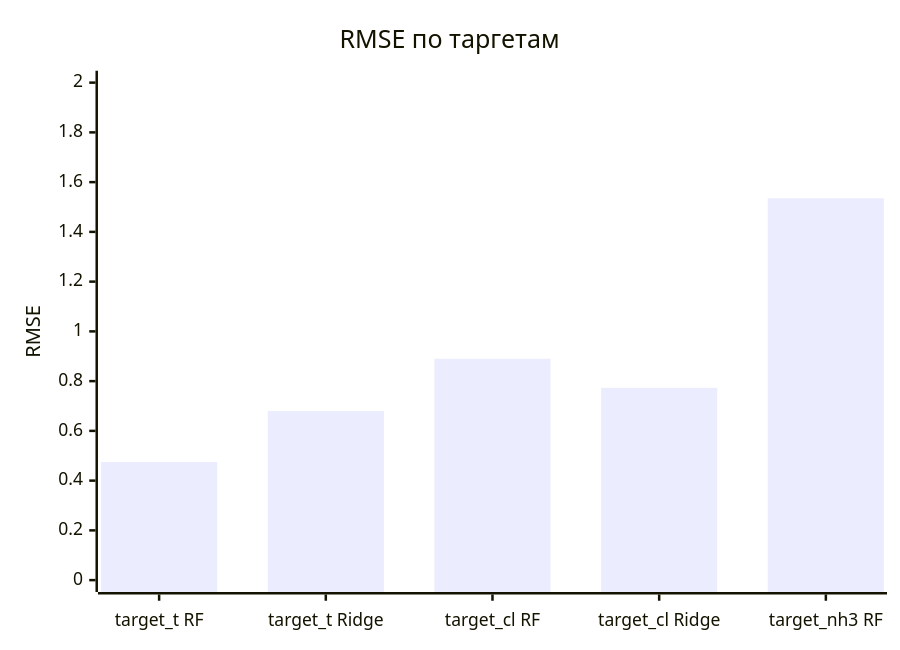
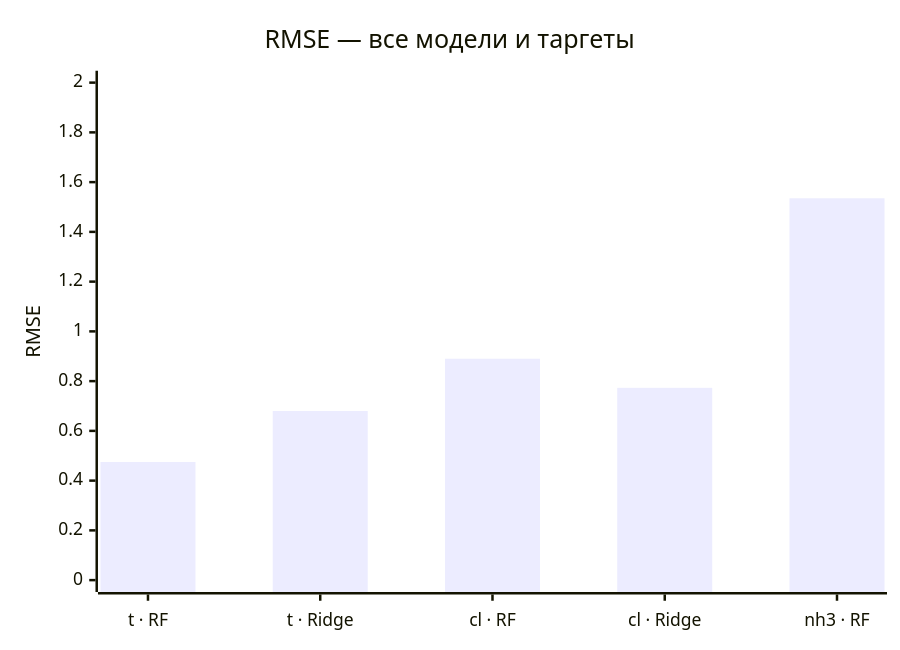
Before and after one commit to Misha-42/soda-ml-carbonation-control: the fourth of 7 diagrams in README.md, drawn with Mermaid. The commit also changed other lines of this file, not shown here.

````diff
--- a/README.md
+++ b/README.md
@@ -199,7 +154,7 @@
 ```mermaid
 xychart-beta
-    title "RMSE по таргетам"
-    x-axis ["target_t RF", "target_t Ridge", "target_cl RF", "target_cl Ridge", "target_nh3 RF"]
+    title "RMSE — все модели и таргеты"
+    x-axis ["t · RF", "t · Ridge", "cl · RF", "cl · Ridge", "nh3 · RF"]
     y-axis "RMSE" 0 --> 2
     bar [0.475, 0.680, 0.890, 0.773, 1.535]
 ```
````
